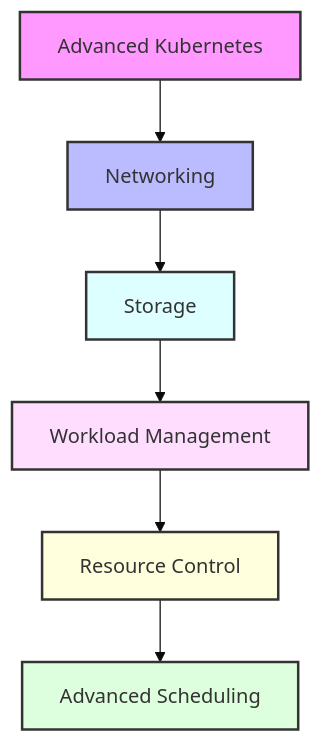
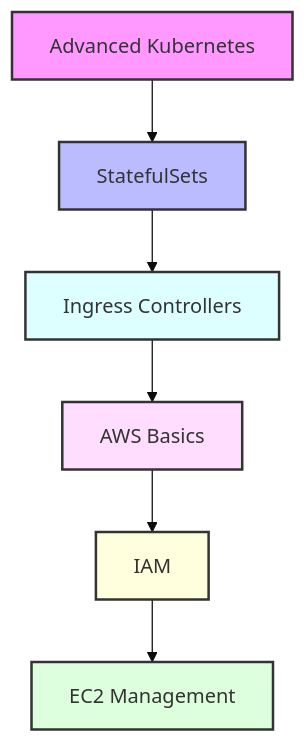
The diagram in days/day-05/README.md (dbsectrainer/devOps_tools), drawn with Mermaid (base theme) before and after one commit. The commit also changed other lines of this file and 35 other files, not shown here.

````diff
--- a/days/day-05/README.md
+++ b/days/day-05/README.md
@@ -6,15 +8,15 @@
 ```mermaid
 graph TD
-    A[Advanced Kubernetes] --> B[Networking]
-    B --> C[Storage]
-    C --> D[Workload Management]
-    D --> E[Resource Control]
-    E --> F[Advanced Scheduling]
+    A[Advanced Kubernetes] --> B[StatefulSets]
+    B --> C[Ingress Controllers]
+    C --> D[AWS Basics]
+    D --> E[IAM]
+    E --> F[EC2 Management]
 
     style A fill:#f9f,stroke:#333,stroke-width:2px
     style B fill:#bbf,stroke:#333,stroke-width:2px
     style C fill:#dff,stroke:#333,stroke-width:2px
     style D fill:#fdf,stroke:#333,stroke-width:2px
     style E fill:#ffd,stroke:#333,stroke-width:2px
     style F fill:#dfd,stroke:#333,stroke-width:2px
 ```
````
